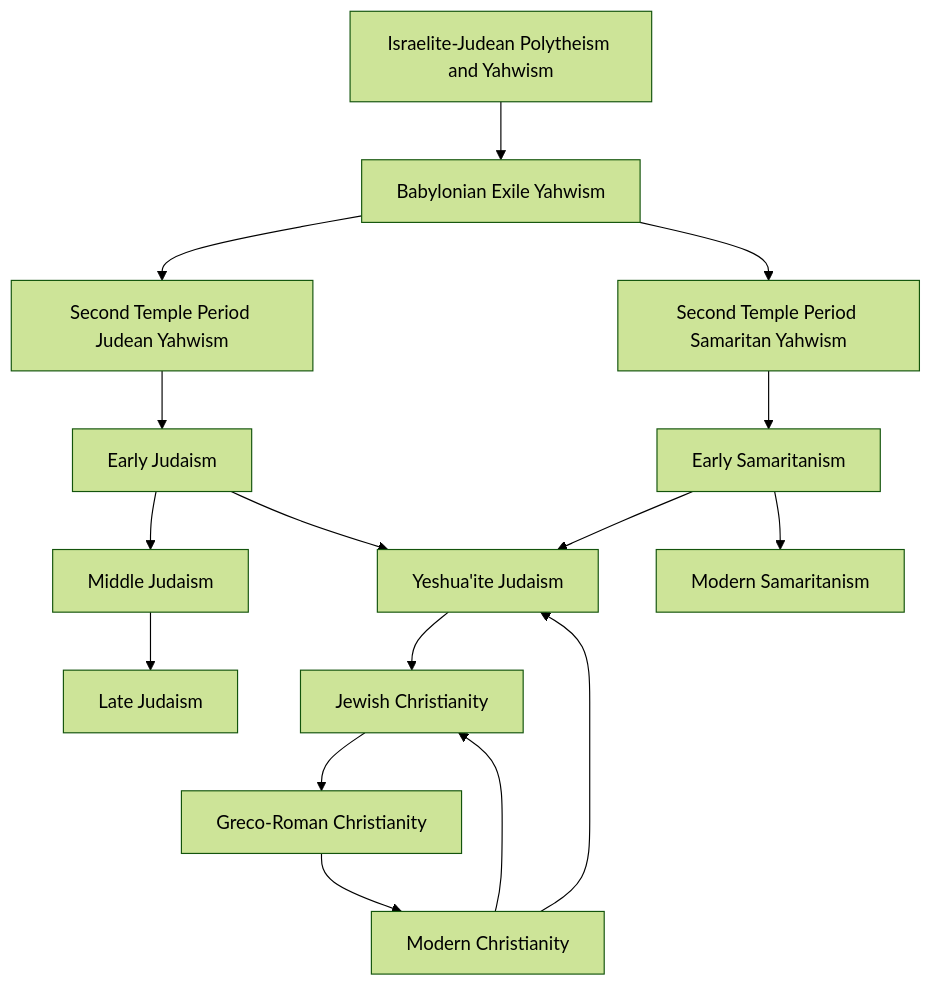
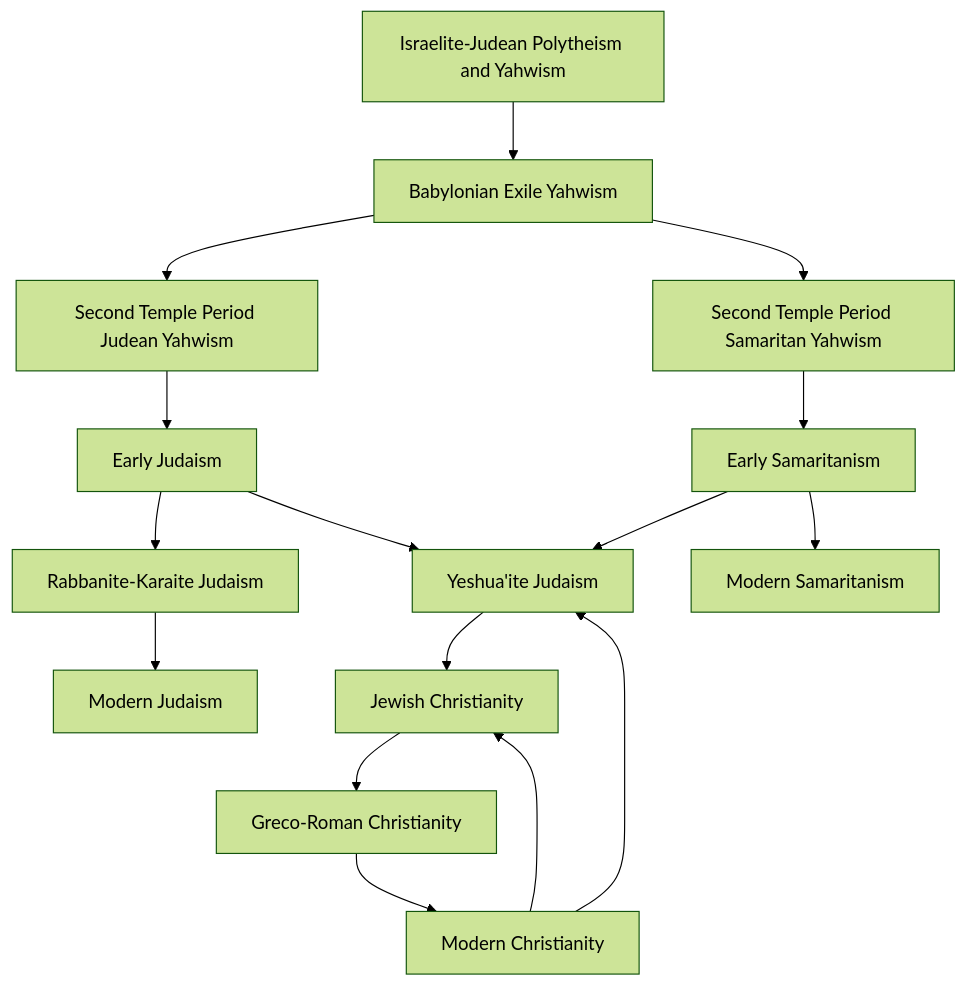
The diagram in religion/emergence_of_judaism_and_samaritanism.mermaid (bendqh1/mermaid), drawn with Mermaid (forest theme) before and after one commit.

```diff
--- a/religion/emergence_of_judaism_and_samaritanism.mermaid
+++ b/religion/emergence_of_judaism_and_samaritanism.mermaid
@@ -1,20 +1,20 @@
 flowchart TD
     A1[Israelite-Judean Polytheism and Yahwism]
     A1 --> A2[Babylonian Exile Yahwism]
     A2 --> A3[Second Temple Period Judean Yahwism] 
     A2 --> A4[Second Temple Period Samaritan Yahwism]
 
     A3 --> B1[Early Judaism]
     A4 --> B2[Early Samaritanism]
 
-    B1 --> C1[Middle Judaism]
+    B1 --> C1[Rabbanite-Karaite Judaism]
     B1 & B2 --> C2[Yeshua'ite Judaism]
 
-    C1 --> D1[Late Judaism]
+    C1 --> D1[Modern Judaism]
     B2 --> D2[Modern Samaritanism]
     
     C2 --> XX1[Jewish Christianity]
     XX1 --> XX2[Greco-Roman Christianity]
     XX2 --> XX3[Modern Christianity]
 
     XX3 --> C2 & XX1
```
